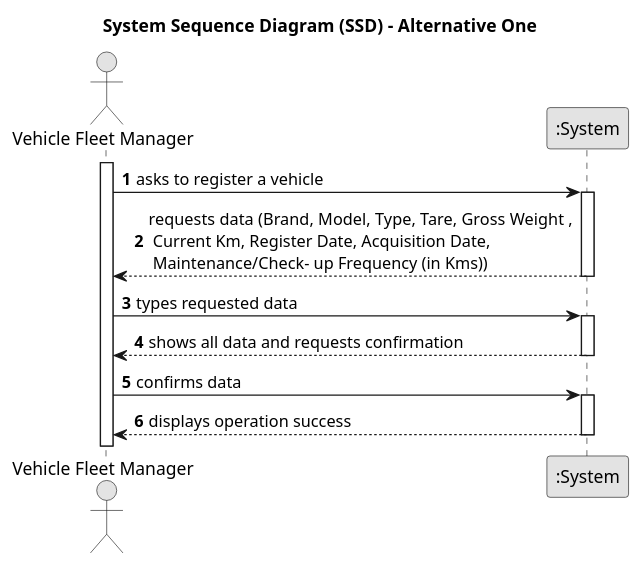
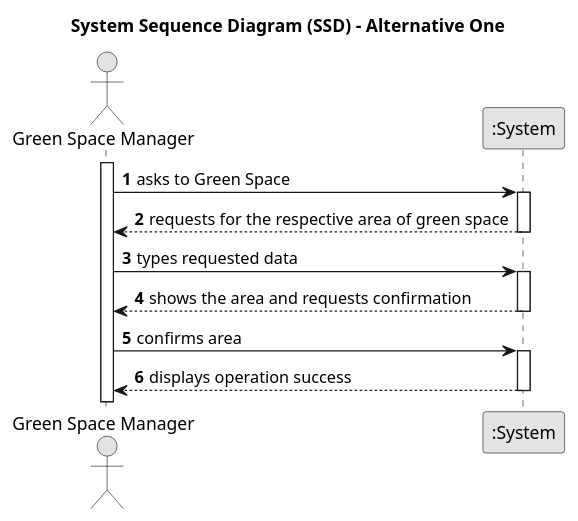
Before and after one commit to Departamento-de-Engenharia-Informatica/lei-24-s2-1dl-g121: the diagram in docs/sprintC/us020/01.requirements-engineering/puml/us020-system-sequence-diagram-alternative-one.puml, drawn with PlantUML.

Commit message:
ssd us020

```diff
--- a/docs/sprintC/us020/01.requirements-engineering/puml/us020-system-sequence-diagram-alternative-one.puml
+++ b/docs/sprintC/us020/01.requirements-engineering/puml/us020-system-sequence-diagram-alternative-one.puml
@@ -1,33 +1,33 @@
 @startuml
 skinparam monochrome true
 skinparam packageStyle rectangle
 skinparam shadowing false
 
 title System Sequence Diagram (SSD) - Alternative One
 
 autonumber
 
-actor "Vehicle Fleet Manager" as Employee
+actor "Green Space Manager" as Employee
 participant ":System" as System
 
 activate Employee
 
-    Employee -> System : asks to register a vehicle
+    Employee -> System : asks to Green Space
     activate System
 
-        System --> Employee : requests data (Brand, Model, Type, Tare, Gross Weight ,\n Current Km, Register Date, Acquisition Date,\n Maintenance/Check- up Frequency (in Kms))
+        System --> Employee : requests for the respective area of green space
     deactivate System
 
     Employee -> System : types requested data
     activate System
 
-        System --> Employee : shows all data and requests confirmation
+        System --> Employee : shows the area and requests confirmation
     deactivate System
 
-    Employee -> System : confirms data
+    Employee -> System : confirms area
     activate System
 
         System --> Employee : displays operation success
     deactivate System
 
 @enduml
```
